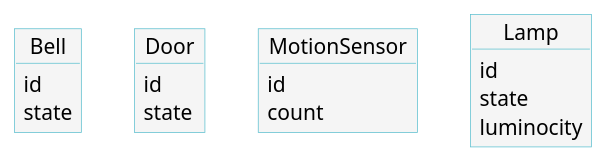
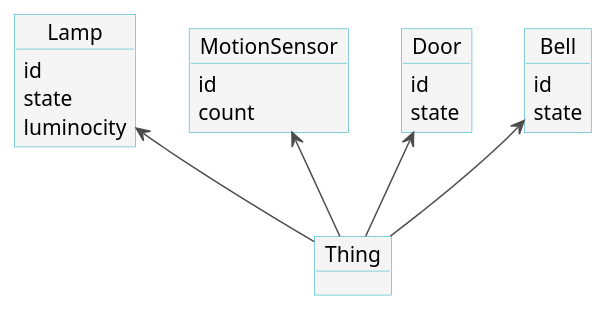
One commit to FIWARE/tutorials.IoT-over-MQTT changed the diagram in diagrams/entities.puml. Above: the diagram before and after it, drawn with PlantUML.

Commit message:
Updating Entities

```diff
--- a/diagrams/entities.puml
+++ b/diagrams/entities.puml
@@ -1,33 +1,36 @@
 @startuml
 
 skinparam object {
   BackgroundColor #f5f5f5
   ArrowColor #4c4c4c
   BorderColor #5dc0cf
 }
 
 object Bell
 
 Bell : id 
 Bell : state 
 
 object Door
 
 Door : id 
 Door : state
 
 object MotionSensor
 
 MotionSensor : id 
 MotionSensor : count 
 
 object Lamp
 
 Lamp : id 
 Lamp : state 
 Lamp : luminocity
 
-Bell -[hidden]> Door
-Door -[hidden]> MotionSensor
-MotionSensor -[hidden]> Lamp
+object Thing
+
+Thing -up-> Bell
+Thing -up-> Door
+Thing -up-> MotionSensor
+Thing -up-> Lamp
 @enduml
```
